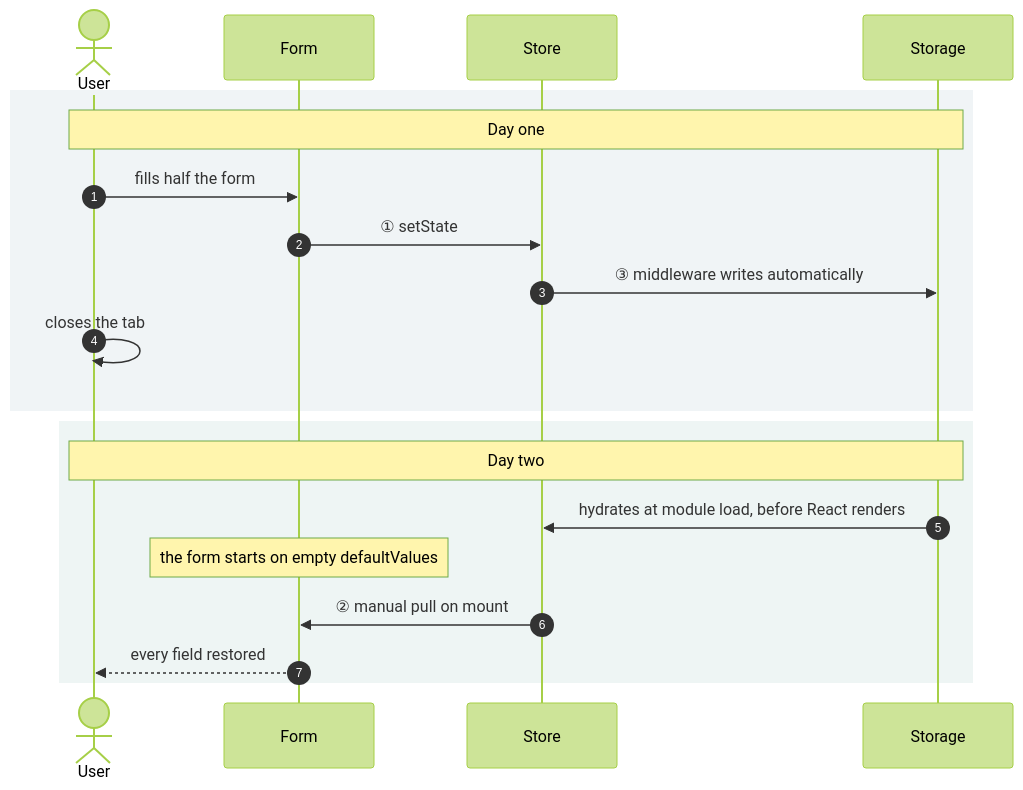
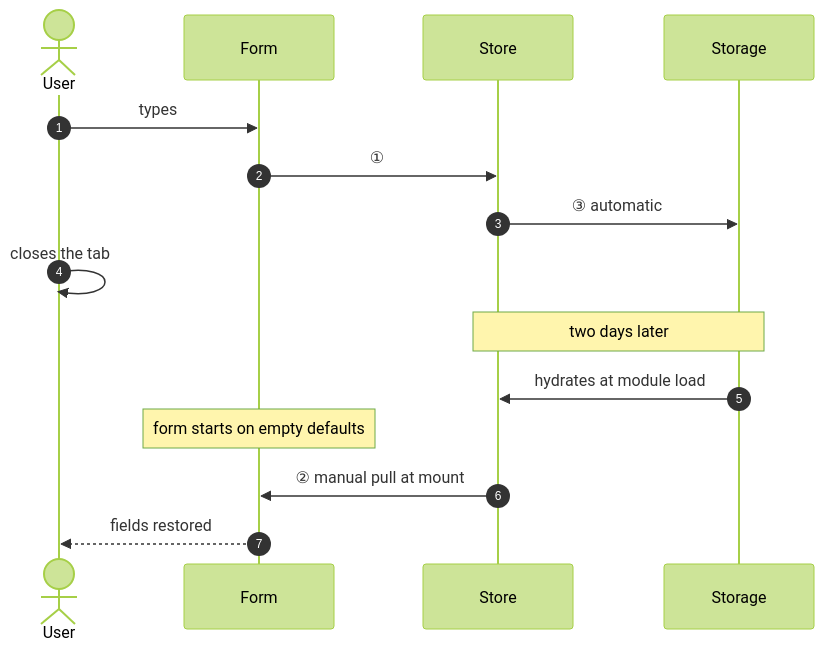
One commit to jadecubes/multi-party-state-sync changed the second of 9 diagrams in README.md. Above: the diagram before and after it, drawn with Mermaid (forest theme). The commit also changed other lines of this file, not shown here.

First line of the commit message:
docs: reshape into question, statement, diagram

````diff
--- a/README.md
+++ b/README.md
@@ -42,24 +33,19 @@
 ```mermaid
 sequenceDiagram
     autonumber
     actor U as User
     participant F as Form
     participant S as Store
     participant P as Storage
 
-    rect rgb(240,244,246)
-    Note over U,P: Day one
-    U->>F: fills half the form
-    F->>S: ① setState
-    S->>P: ③ middleware writes automatically
+    U->>F: types
+    F->>S: ①
+    S->>P: ③ automatic
     U->>U: closes the tab
-    end
 
-    rect rgb(238,245,244)
-    Note over U,P: Day two
-    P->>S: hydrates at module load, before React renders
-    Note over F: the form starts on empty defaultValues
-    S->>F: ② manual pull on mount
-    F-->>U: every field restored
-    end
+    Note over P,S: two days later
+    P->>S: hydrates at module load
+    Note over F: form starts on empty defaults
+    S->>F: ② manual pull at mount
+    F-->>U: fields restored
 ```
````
